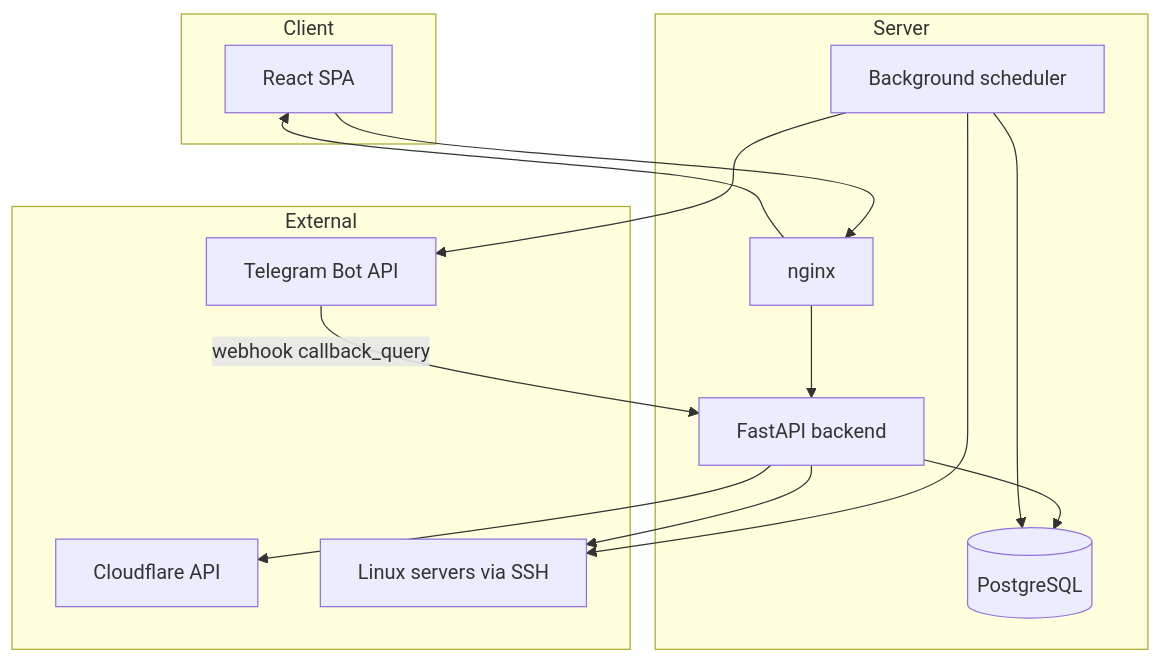
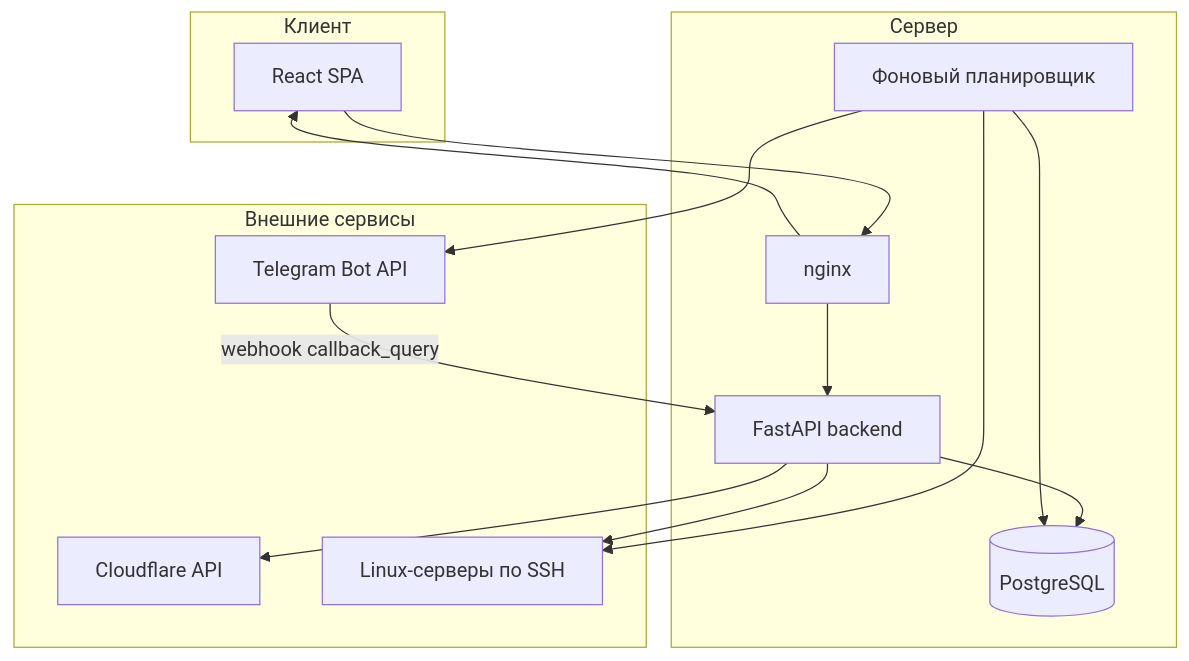
The diagram in README.md (Quadart21/ssh-agent-panel), drawn with Mermaid before and after one commit. The commit also changed other lines of this file, not shown here.

````diff
--- a/README.md
+++ b/README.md
@@ -95,30 +95,30 @@
 ```mermaid
 flowchart TB
-    subgraph Client
+    subgraph Client["Клиент"]
         Browser[React SPA]
     end
 
-    subgraph Server
+    subgraph Server["Сервер"]
         Nginx[nginx]
         API[FastAPI backend]
-        Scheduler[Background scheduler]
+        Scheduler[Фоновый планировщик]
         DB[(PostgreSQL)]
     end
 
-    subgraph External
+    subgraph External["Внешние сервисы"]
         TG[Telegram Bot API]
         CF[Cloudflare API]
-        SSH[Linux servers via SSH]
+        SSH[Linux-серверы по SSH]
     end
 
     Browser --> Nginx
     Nginx --> API
     Nginx --> Browser
     API --> DB
     Scheduler --> DB
     Scheduler --> TG
     Scheduler --> SSH
     API --> SSH
     API --> CF
     TG -->|webhook callback_query| API
 ```
````
